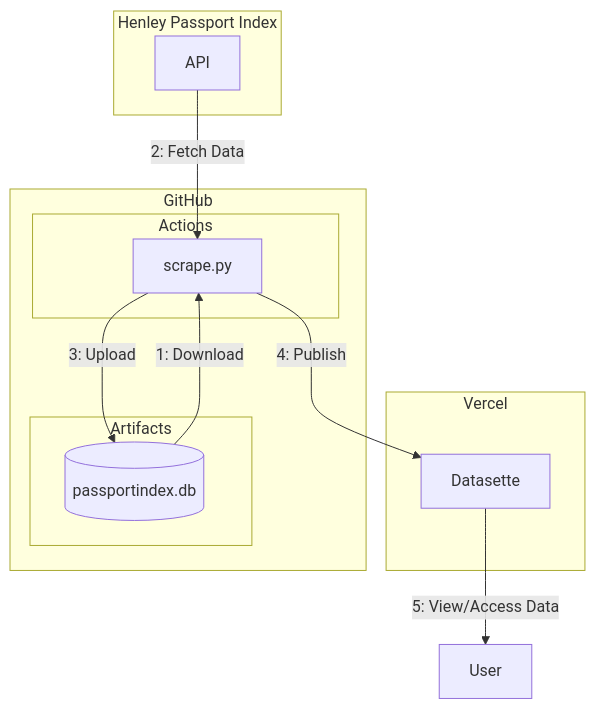
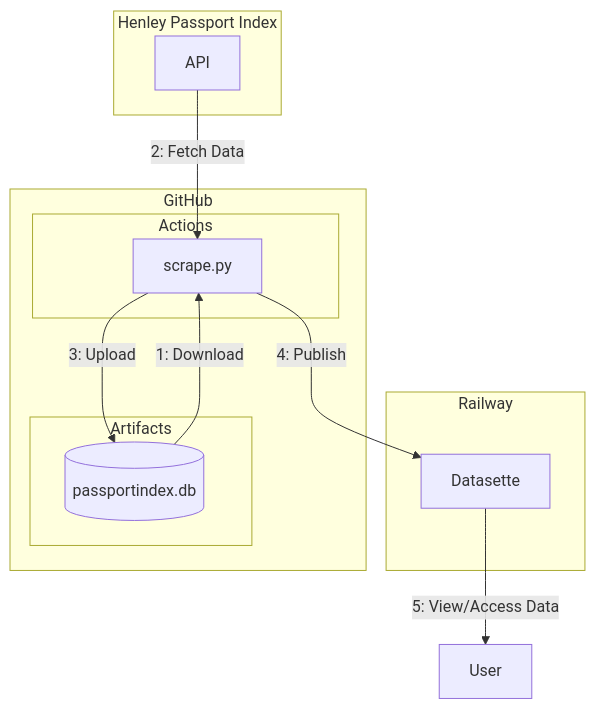
One commit to ngshiheng/passportindexdb changed the first of 2 diagrams in README.md. Above: the diagram before and after it, drawn with Mermaid. The commit also changed 1 other file, not shown here.

Commit message:
ci: add extra options to datasette package command

````diff
--- a/README.md
+++ b/README.md
@@ -7,27 +7,27 @@
 ```mermaid
 graph TB
-	subgraph Vercel
+	subgraph Railway
         deployment[Datasette]
-        class deployment vercel;
+        class deployment railway;
     end
 
     subgraph GitHub
         subgraph Actions
             scraper[scrape.py]
         end
         subgraph Artifacts
             db[(passportindex.db)]
             class db artifacts;
         end
     end
 
     subgraph Henley Passport Index
         api[API]
     end
 
     db --> |1: Download| scraper
     api --> |2: Fetch Data| scraper
     scraper --> |3: Upload| db
     scraper --> |4: Publish| deployment
     deployment --> |5: View/Access Data| client[User]
 ```
````
